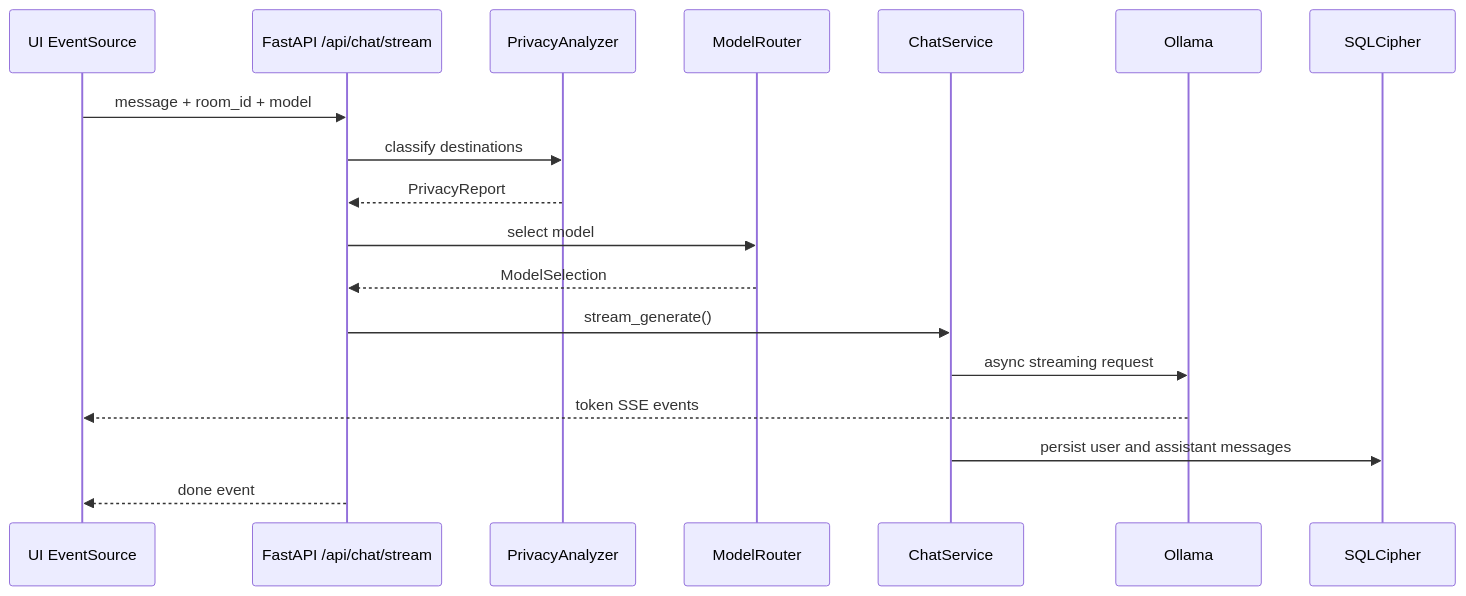
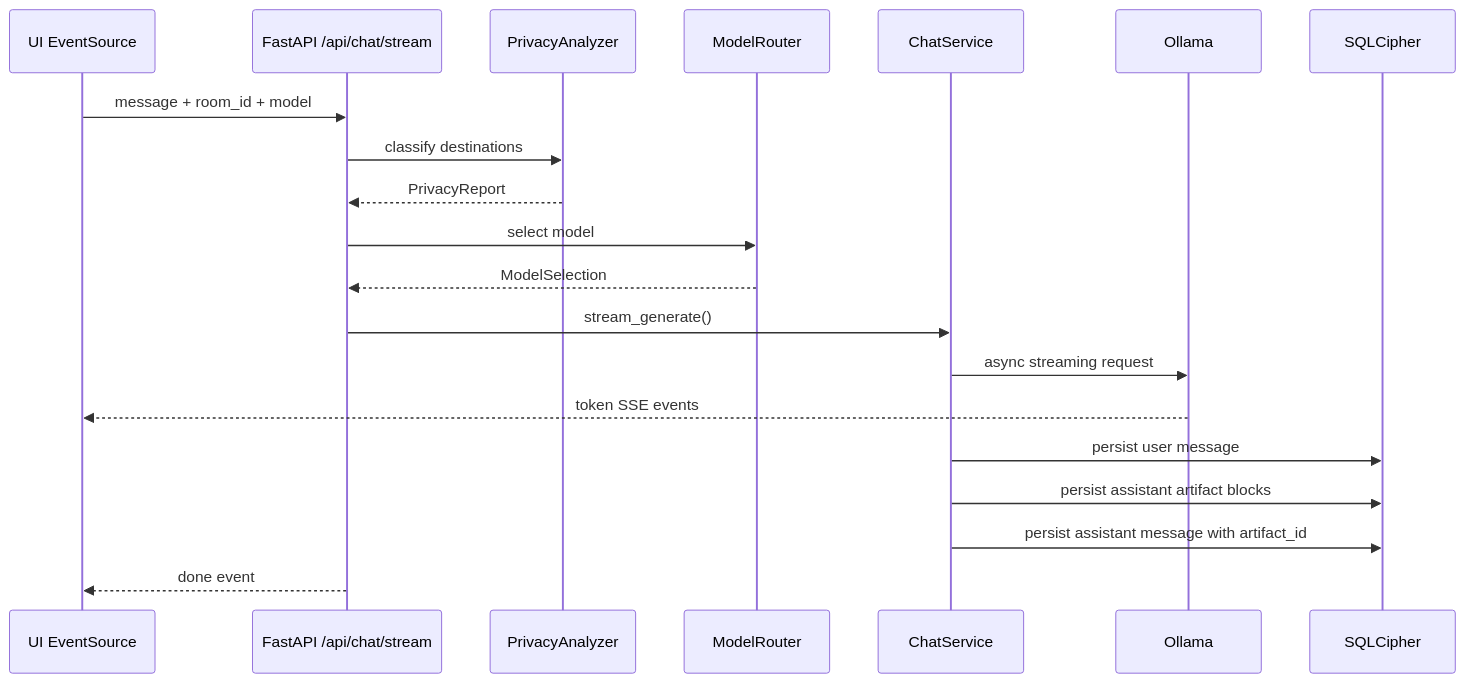
Before and after one commit to ElazAzel/Aster-ia: the third of 4 diagrams in docs/architecture.md, drawn with Mermaid. The commit also changed other lines of this file and 17 other files, not shown here.

````diff
--- a/docs/architecture.md
+++ b/docs/architecture.md
@@ -131,21 +131,23 @@
 ```mermaid
 sequenceDiagram
     participant UI as UI EventSource
     participant API as FastAPI /api/chat/stream
     participant Privacy as PrivacyAnalyzer
     participant Router as ModelRouter
     participant Chat as ChatService
     participant Ollama as Ollama
     participant DB as SQLCipher
 
     UI->>API: message + room_id + model
     API->>Privacy: classify destinations
     Privacy-->>API: PrivacyReport
     API->>Router: select model
     Router-->>API: ModelSelection
     API->>Chat: stream_generate()
     Chat->>Ollama: async streaming request
     Ollama-->>UI: token SSE events
-    Chat->>DB: persist user and assistant messages
+    Chat->>DB: persist user message
+    Chat->>DB: persist assistant artifact blocks
+    Chat->>DB: persist assistant message with artifact_id
     API-->>UI: done event
 ```
````
